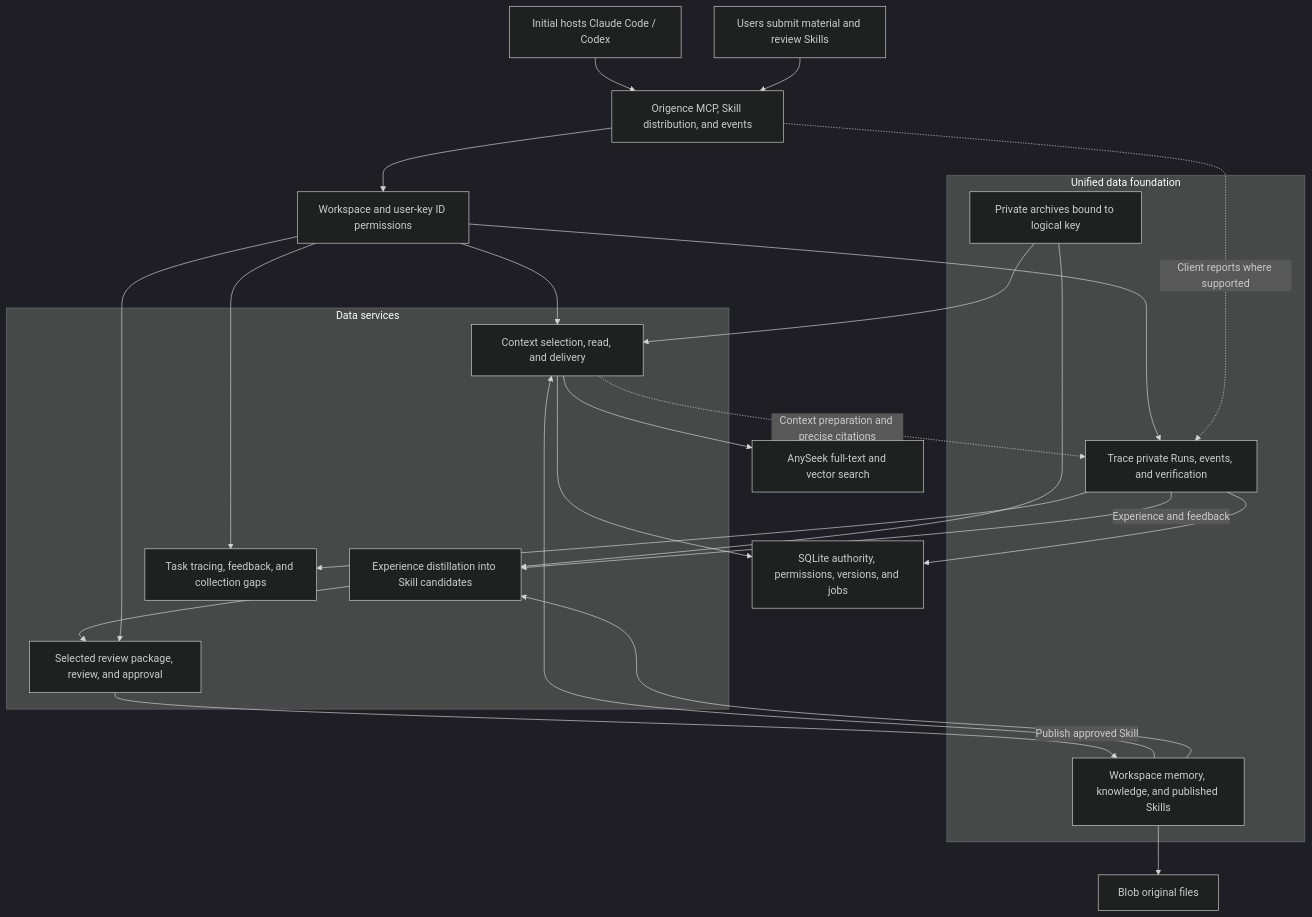
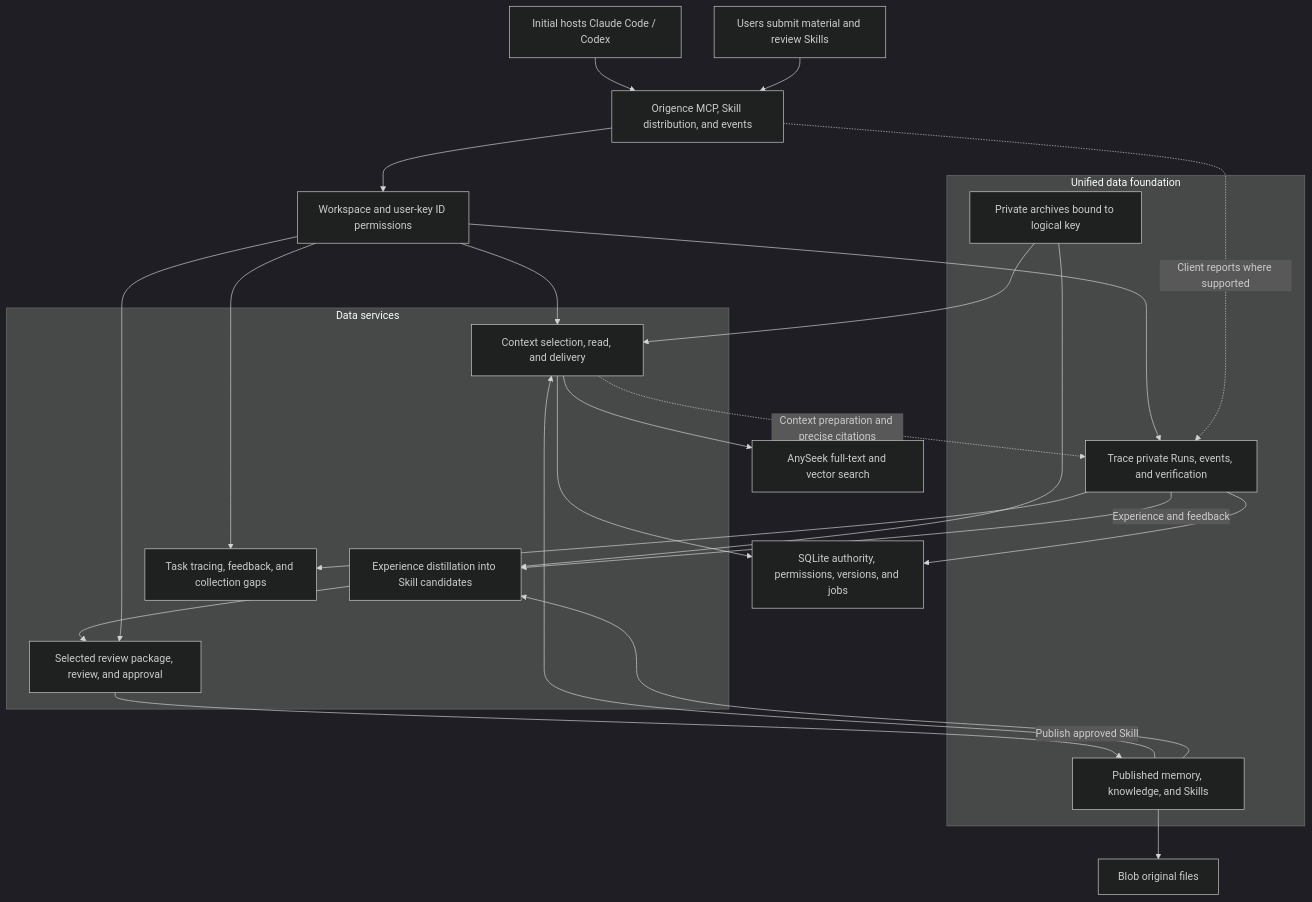
One commit to TheLudlows/Origence changed the first of 2 diagrams in docs/design/agent-data-foundation.en.md. Above: the diagram before and after it, drawn with Mermaid (dark theme). The commit also changed other lines of this file and 40 other files, not shown here.

Commit message:
Use memory, knowledge, and Skills in product wording

````diff
--- a/docs/design/agent-data-foundation.en.md
+++ b/docs/design/agent-data-foundation.en.md
@@ -17,35 +17,35 @@
 ```mermaid
 flowchart TB
     CLIENT[Initial hosts Claude Code / Codex] --> ACCESS[Origence MCP, Skill distribution, and events]
     USER[Users submit material and review Skills] --> ACCESS
     ACCESS --> AUTH[Workspace and user-key ID permissions]
     subgraph DATA[Unified data foundation]
         PRIVATE[Private archives bound to logical key]
-        ASSET[Workspace memory, knowledge, and published Skills]
+        PUBLISHED[Published memory, knowledge, and Skills]
         RUN[Trace private Runs, events, and verification]
     end
     subgraph SERVICES[Data services]
         SERVE[Context selection, read, and delivery]
         LEARN[Experience distillation into Skill candidates]
         REVIEW[Selected review package, review, and approval]
         VIEW[Task tracing, feedback, and collection gaps]
     end
-    ASSET --> SERVE
-    ASSET --> LEARN
+    PUBLISHED --> SERVE
+    PUBLISHED --> LEARN
     PRIVATE --> SERVE
     PRIVATE --> LEARN
     LEARN --> REVIEW
-    REVIEW -->|Publish approved Skill| ASSET
+    REVIEW -->|Publish approved Skill| PUBLISHED
     AUTH --> SERVE
     AUTH --> REVIEW
     AUTH --> RUN
     AUTH --> VIEW
     RUN --> VIEW
     SERVE --> SEARCH[AnySeek full-text and vector search]
     SERVE --> STORE[SQLite authority, permissions, versions, and jobs]
-    ASSET --> BLOB[Blob original files]
+    PUBLISHED --> BLOB[Blob original files]
     SERVE -. Context preparation and precise citations .-> RUN
     ACCESS -. Client reports where supported .-> RUN
     RUN -->|Experience and feedback| LEARN
     RUN --> STORE
 ```
````
